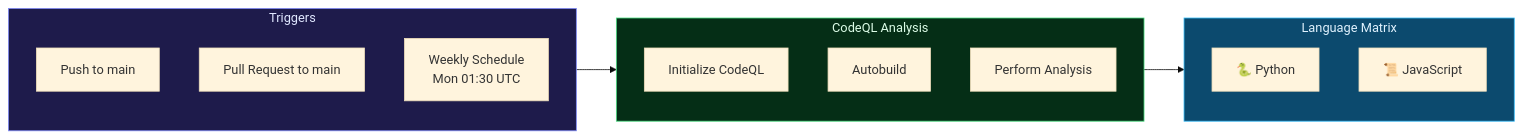
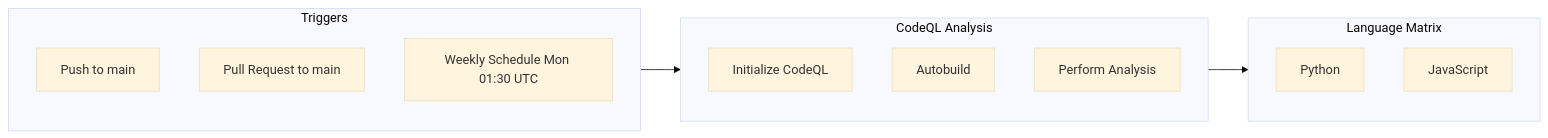
One commit to tedaks/project changed the seventh of 8 diagrams in README.md. Above: the diagram before and after it, drawn with Mermaid (base theme). The commit also changed other lines of this file, not shown here.

Commit message:
docs: update Mermaid diagrams for clarity and refine various textual descriptions.

````diff
--- a/README.md
+++ b/README.md
@@ -606,26 +579,22 @@
 ```mermaid
 graph LR
-    subgraph Triggers["Triggers"]
-        Push["Push to main"]
-        PR["Pull Request to main"]
-        Cron["Weekly Schedule<br/>Mon 01:30 UTC"]
+    subgraph TriggerGroup["Triggers"]
+        PushTrigger["Push to main"]
+        PrTrigger["Pull Request to main"]
+        CronTrigger["Weekly Schedule Mon 01:30 UTC"]
     end
 
-    subgraph Jobs["CodeQL Analysis"]
-        Init["Initialize CodeQL"]
-        Build["Autobuild"]
-        Analyze["Perform Analysis"]
+    subgraph JobGroup["CodeQL Analysis"]
+        InitStep["Initialize CodeQL"]
+        BuildStep["Autobuild"]
+        AnalyzeStep["Perform Analysis"]
     end
 
-    subgraph Matrix["Language Matrix"]
-        Python["🐍 Python"]
-        JS["📜 JavaScript"]
+    subgraph LangMatrix["Language Matrix"]
+        PyLang["Python"]
+        JsLang["JavaScript"]
     end
 
-    Triggers --> Jobs
-    Jobs --> Matrix
-
-    style Triggers fill:#1e1b4b,stroke:#818cf8,color:#e0e7ff
-    style Jobs fill:#052e16,stroke:#4ade80,color:#dcfce7
-    style Matrix fill:#0c4a6e,stroke:#38bdf8,color:#e0f2fe
+    TriggerGroup --> JobGroup
+    JobGroup --> LangMatrix
 ```
````
